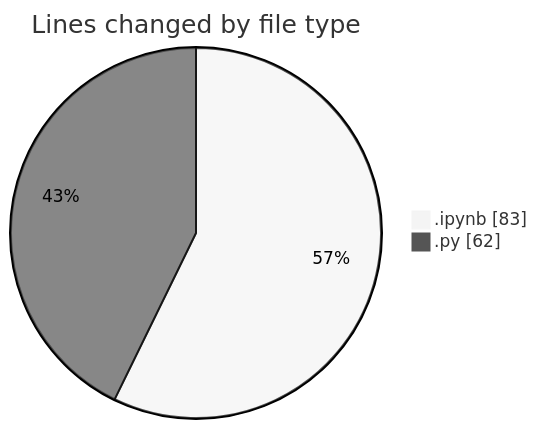
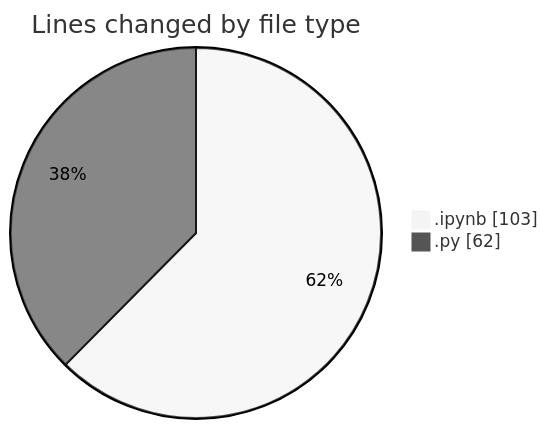
The first of 2 diagrams in 2026-02-08/fondamentals/README.md (hasnaa123/code-tracking), drawn with Mermaid (neutral theme) before and after one commit. The commit also changed other lines of this file and 1 other file, not shown here.

````diff
--- a/2026-02-08/fondamentals/README.md
+++ b/2026-02-08/fondamentals/README.md
@@ -21,6 +22,6 @@
 ```mermaid
 pie showData
 title Lines changed by file type
-".ipynb" : 83
+".ipynb" : 103
 ".py" : 62
 ```
````
